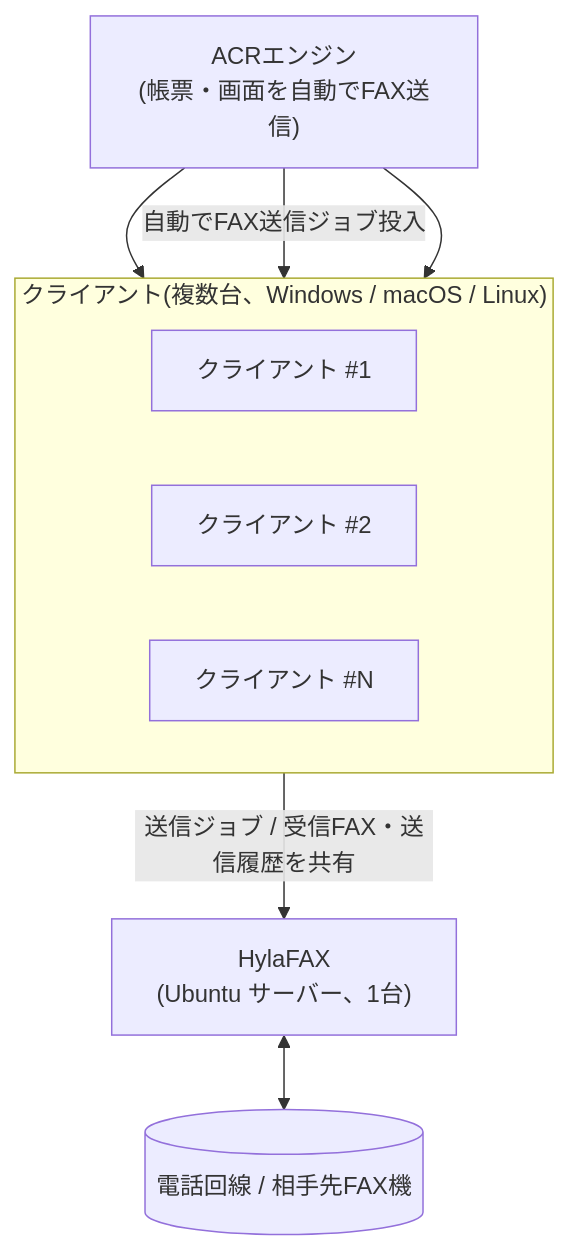
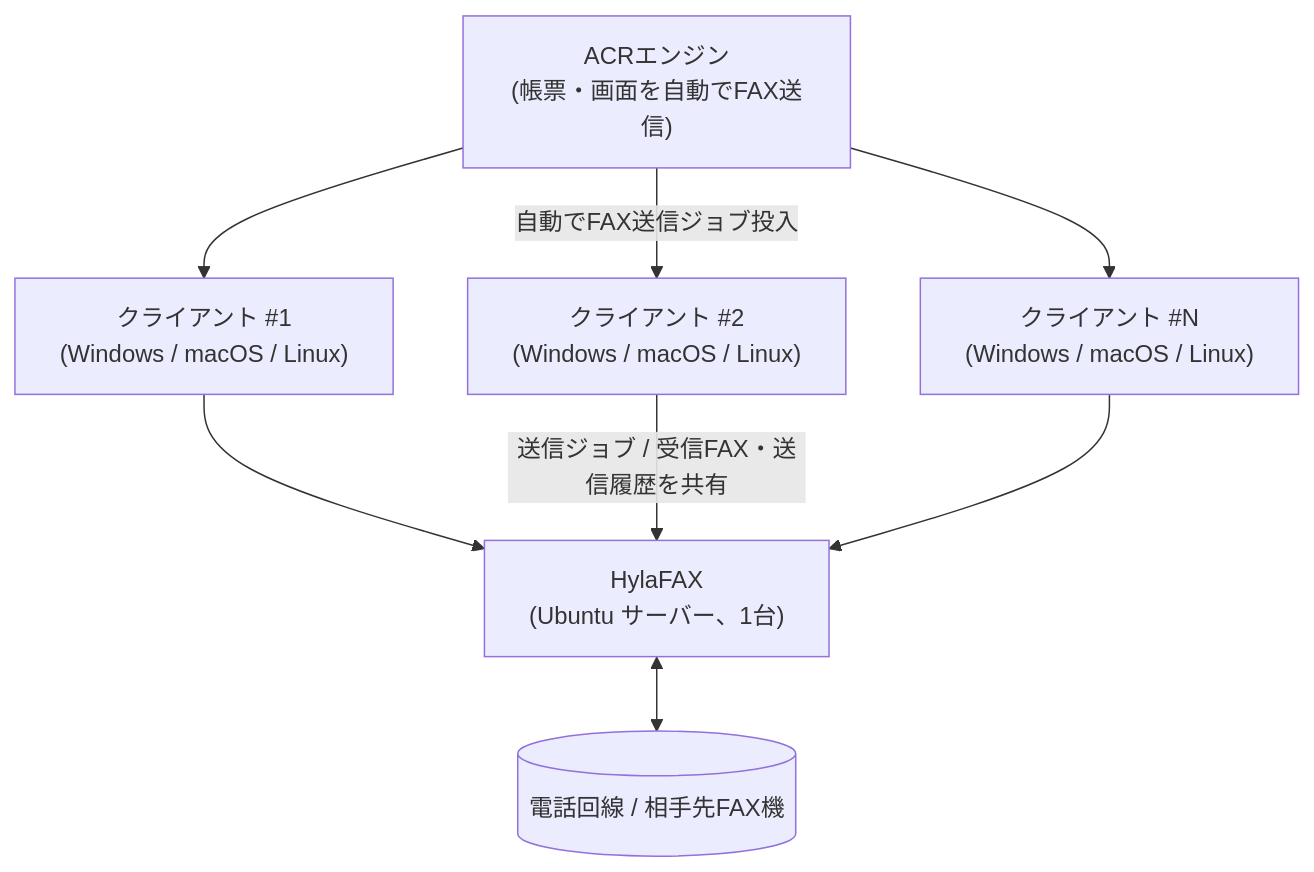
The diagram in README.md (acrossreport/acr-fax), drawn with Mermaid before and after one commit.

Commit message:
README: 図のクライアント囲み(subgraph)を外し、縦の間延びを解消
subgraphの境界をまたぐ接続がdagreレイアウトで余分な余白を生んでいたため、
クライアント3台を素のノードにして各々からHylaFAXへ個別に接続する形に変更。

````diff
--- a/README.md
+++ b/README.md
@@ -28,20 +28,17 @@
 ```mermaid
 flowchart TB
     ACR["ACRエンジン<br/>(帳票・画面を自動でFAX送信)"]
-
-    subgraph Cli["クライアント(複数台、Windows / macOS / Linux)"]
-        direction LR
-        C1["クライアント #1"]
-        C2["クライアント #2"]
-        C3["クライアント #N"]
-    end
-
+    C1["クライアント #1<br/>(Windows / macOS / Linux)"]
+    C2["クライアント #2<br/>(Windows / macOS / Linux)"]
+    C3["クライアント #N<br/>(Windows / macOS / Linux)"]
     HF["HylaFAX<br/>(Ubuntu サーバー、1台)"]
     PSTN[("電話回線 / 相手先FAX機")]
 
     ACR --> C1
     ACR -- "自動でFAX送信ジョブ投入" --> C2
     ACR --> C3
+    C1 --> HF
     C2 -- "送信ジョブ / 受信FAX・送信履歴を共有" --> HF
+    C3 --> HF
     HF <--> PSTN
 ```
````
